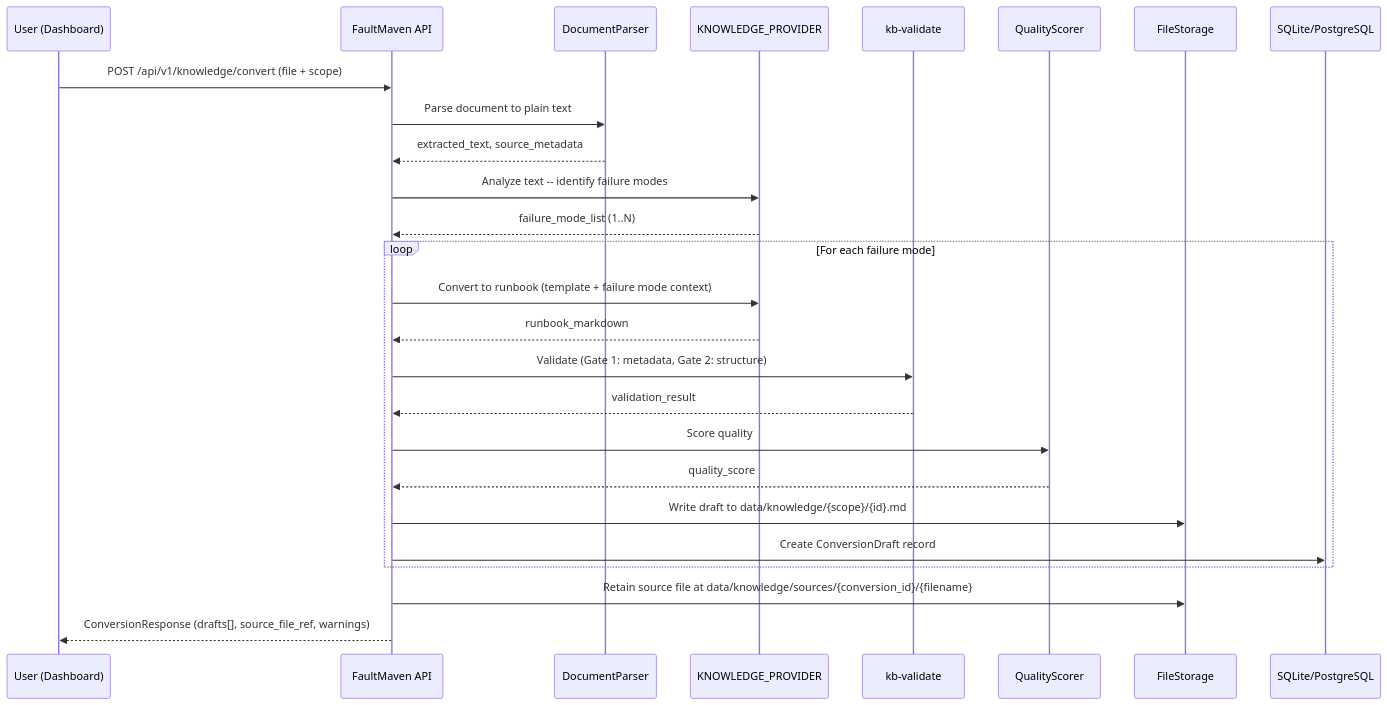
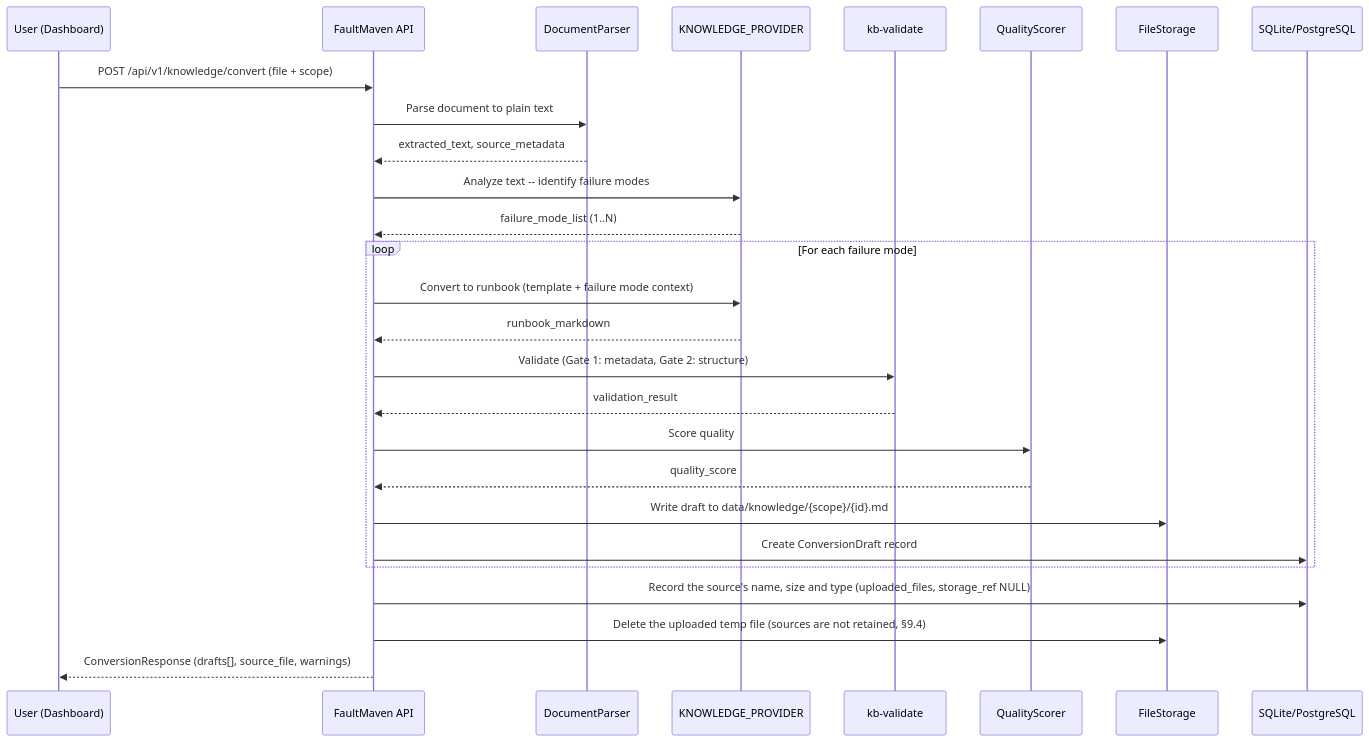
One commit to FaultMaven/faultmaven changed the first of 3 diagrams in docs/architecture/knowledge-and-ai/document-to-runbook-conversion.md. Above: the diagram before and after it, drawn with Mermaid. The commit also changed other lines of this file and 28 other files, not shown here.

First line of the commit message:
fix(knowledge): KB conversion-source rows store no path, and no conversion response echoes one (#836) (#1865)

````diff
--- a/docs/architecture/knowledge-and-ai/document-to-runbook-conversion.md
+++ b/docs/architecture/knowledge-and-ai/document-to-runbook-conversion.md
@@ -39,29 +39,30 @@
 ```mermaid
 sequenceDiagram
     participant U as User (Dashboard)
     participant API as FaultMaven API
     participant DP as DocumentParser
     participant LLM as KNOWLEDGE_PROVIDER
     participant VAL as kb-validate
     participant QS as QualityScorer
     participant FS as FileStorage
     participant DB as SQLite/PostgreSQL
 
     U->>API: POST /api/v1/knowledge/convert (file + scope)
     API->>DP: Parse document to plain text
     DP-->>API: extracted_text, source_metadata
     API->>LLM: Analyze text -- identify failure modes
     LLM-->>API: failure_mode_list (1..N)
     loop For each failure mode
         API->>LLM: Convert to runbook (template + failure mode context)
         LLM-->>API: runbook_markdown
         API->>VAL: Validate (Gate 1: metadata, Gate 2: structure)
         VAL-->>API: validation_result
         API->>QS: Score quality
         QS-->>API: quality_score
         API->>FS: Write draft to data/knowledge/{scope}/{id}.md
         API->>DB: Create ConversionDraft record
     end
-    API->>FS: Retain source file at data/knowledge/sources/{conversion_id}/{filename}
-    API-->>U: ConversionResponse (drafts[], source_file_ref, warnings)
+    API->>DB: Record the source's name, size and type (uploaded_files, storage_ref NULL)
+    API->>FS: Delete the uploaded temp file (sources are not retained, §9.4)
+    API-->>U: ConversionResponse (drafts[], source_file, warnings)
 ```
````
